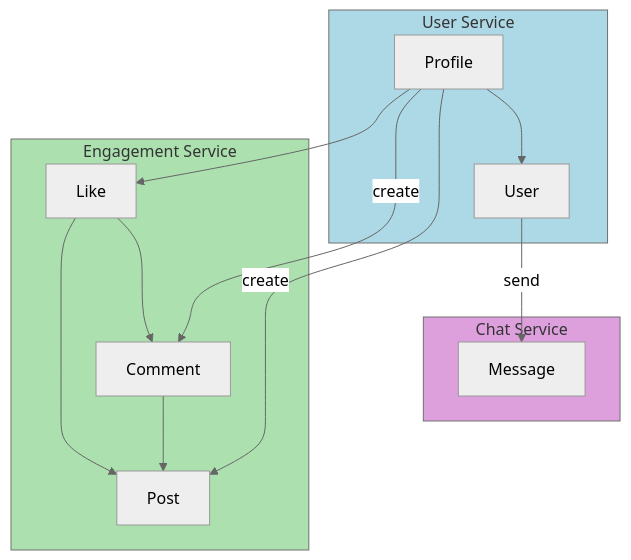
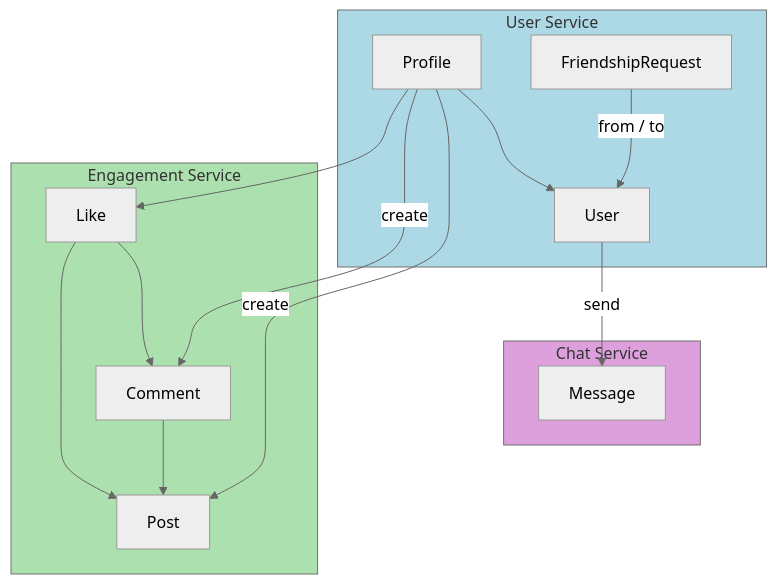
The diagram in clustered-class-diagram.mermaid (alabenkhlifa/SOA), drawn with Mermaid before and after one commit.

Commit message:
Added Class Diagram

```diff
--- a/clustered-class-diagram.mermaid
+++ b/clustered-class-diagram.mermaid
@@ -1,26 +1,24 @@
 ---
 config:
   theme: neutral
 ---
 flowchart TD
-    User
-    Profile
-    Comment
     subgraph US[User Service]
+        FriendshipRequest -- from / to --> User
         Profile --> User
     end
     subgraph CS[Chat Service]
         User --send--> Message
     end
     subgraph ES[Engagement Service]
         Profile --create--> Post
         Profile --> Like
         Profile --create--> Comment
         Comment --> Post
         Like --> Comment
         Like --> Post
     end
 
 style US fill: lightblue
 style ES fill: #ACE1AF
 style CS fill: #DDA0DD
```
